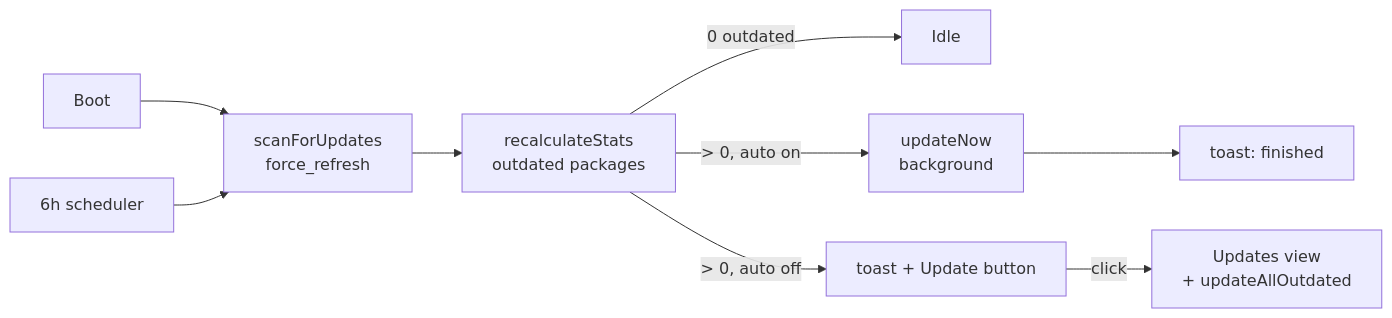
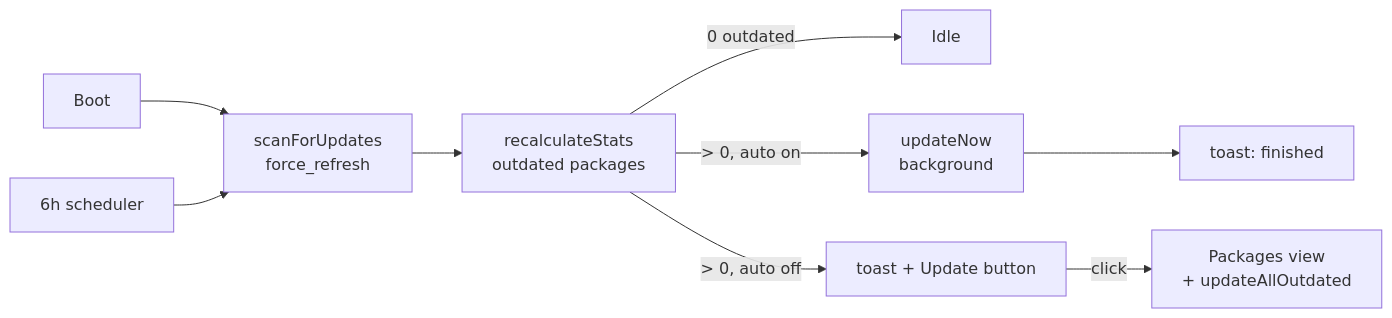
One commit to dishanagalawatta/SkillManager changed the tenth of 15 diagrams in docs/ARCHITECTURE.md. Above: the diagram before and after it, drawn with Mermaid. The commit also changed other lines of this file and 5 other files, not shown here.

````diff
--- a/docs/ARCHITECTURE.md
+++ b/docs/ARCHITECTURE.md
@@ -606,11 +606,11 @@
 ```mermaid
 flowchart LR
     Boot --> Scan[scanForUpdates<br/>force_refresh]
     Scan --> Stats[recalculateStats<br/>outdated packages]
     Stats -->|0 outdated| Idle
     Stats -->|> 0, auto on| Auto[updateNow<br/>background]
     Auto --> DoneToast[toast: finished]
     Stats -->|> 0, auto off| ActionToast[toast + Update button]
-    ActionToast -->|click| Updates[Updates view<br/>+ updateAllOutdated]
+    ActionToast -->|click| Packages[Packages view<br/>+ updateAllOutdated]
     Timer[6h scheduler] --> Scan
 ```
````
